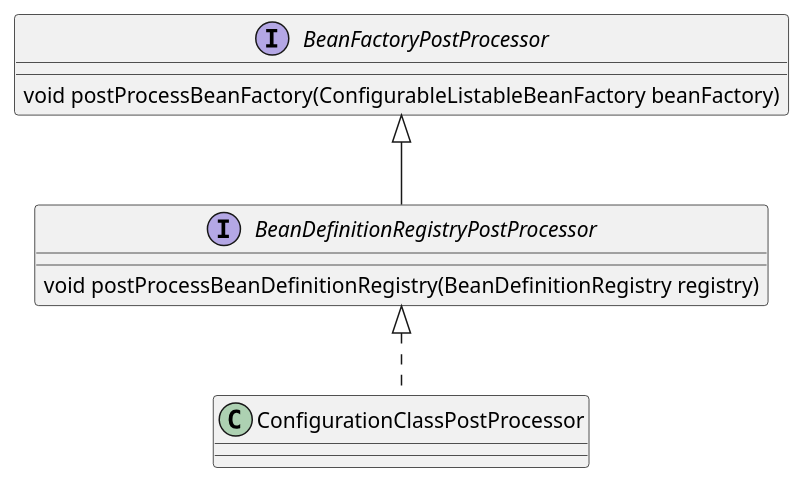
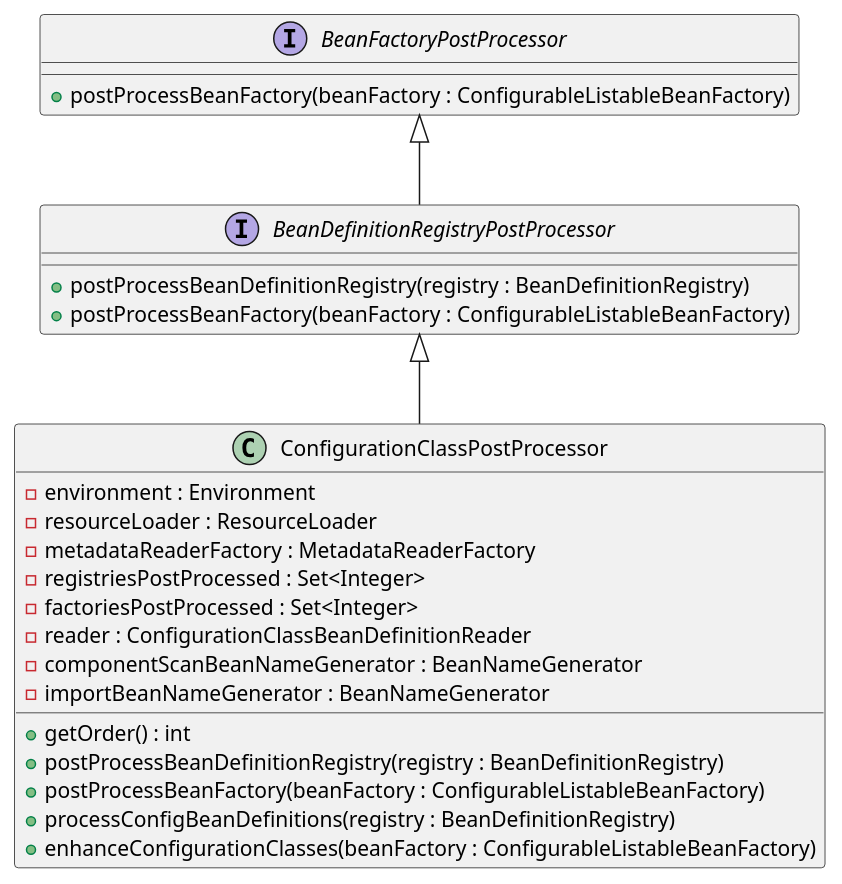
The ninth of 12 diagrams in content/post/java/spring/spring-core-container/index.md (kevinwang930/kevinwang930.github.io), drawn with PlantUML before and after one commit. The commit also changed other lines of this file and 2 other files, not shown here.

````diff
--- a/content/post/java/spring/spring-core-container/index.md
+++ b/content/post/java/spring/spring-core-container/index.md
@@ -476,10 +519,29 @@
 ```plantuml
+@startuml
+top to bottom direction
 interface BeanFactoryPostProcessor {
-    void postProcessBeanFactory(ConfigurableListableBeanFactory beanFactory)
+  + postProcessBeanFactory(beanFactory : ConfigurableListableBeanFactory)
 }
-interface BeanDefinitionRegistryPostProcessor extends BeanFactoryPostProcessor {
-    void postProcessBeanDefinitionRegistry(BeanDefinitionRegistry registry)
+interface BeanDefinitionRegistryPostProcessor {
+  + postProcessBeanDefinitionRegistry(registry : BeanDefinitionRegistry)
+  + postProcessBeanFactory(beanFactory : ConfigurableListableBeanFactory)
 }
-class ConfigurationClassPostProcessor implements BeanDefinitionRegistryPostProcessor
-
+class ConfigurationClassPostProcessor {
+  - environment : Environment
+  - resourceLoader : ResourceLoader
+  - metadataReaderFactory : MetadataReaderFactory
+  - registriesPostProcessed : Set<Integer>
+  - factoriesPostProcessed : Set<Integer>
+  - reader : ConfigurationClassBeanDefinitionReader
+  - componentScanBeanNameGenerator : BeanNameGenerator
+  - importBeanNameGenerator : BeanNameGenerator
+  + getOrder() : int
+  + postProcessBeanDefinitionRegistry(registry : BeanDefinitionRegistry)
+  + postProcessBeanFactory(beanFactory : ConfigurableListableBeanFactory)
+  + processConfigBeanDefinitions(registry : BeanDefinitionRegistry)
+  + enhanceConfigurationClasses(beanFactory : ConfigurableListableBeanFactory)
+}
+BeanFactoryPostProcessor <|-- BeanDefinitionRegistryPostProcessor
+BeanDefinitionRegistryPostProcessor <|-- ConfigurationClassPostProcessor
+@enduml
 ```
````
